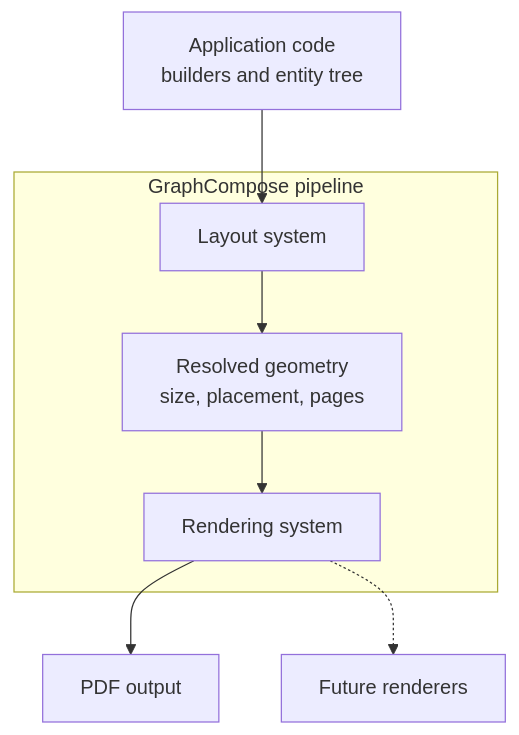
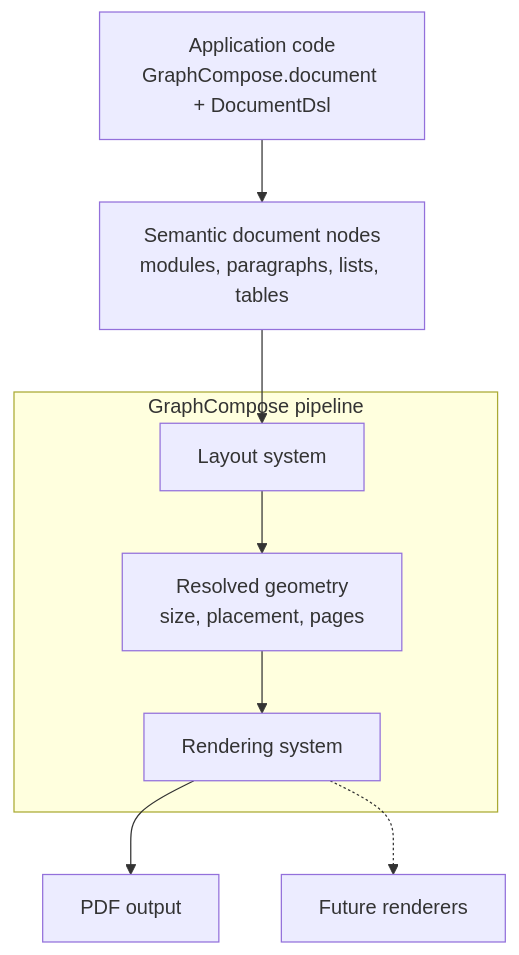
The diagram in README.md (DemchaAV/GraphCompose), drawn with Mermaid before and after one commit. The commit also changed other lines of this file and 75 other files, not shown here.

````diff
--- a/README.md
+++ b/README.md
@@ -535,19 +538,21 @@
 ```mermaid
 graph TD
-    UserCode["Application code<br/>builders and entity tree"]
+    UserCode["Application code<br/>GraphCompose.document + DocumentDsl"]
+    Semantic["Semantic document nodes<br/>modules, paragraphs, lists, tables"]
 
     subgraph Core["GraphCompose pipeline"]
         LayoutSystem["Layout system"]
         Geometry["Resolved geometry<br/>size, placement, pages"]
         Renderer["Rendering system"]
     end
 
     PDF["PDF output"]
     Future["Future renderers"]
 
-    UserCode --> LayoutSystem
+    UserCode --> Semantic
+    Semantic --> LayoutSystem
     LayoutSystem --> Geometry
     Geometry --> Renderer
     Renderer --> PDF
     Renderer -.-> Future
 ```
````
